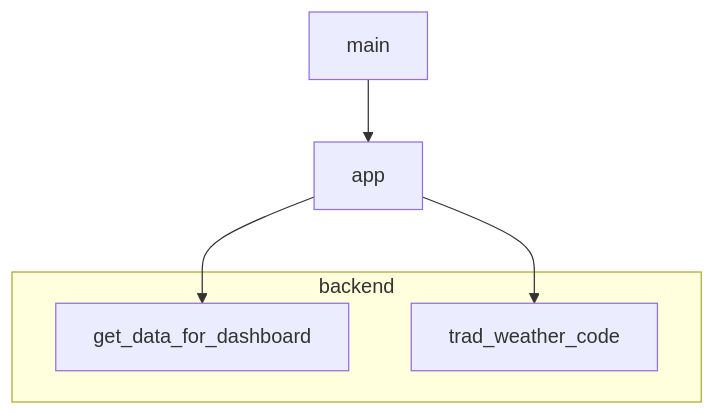
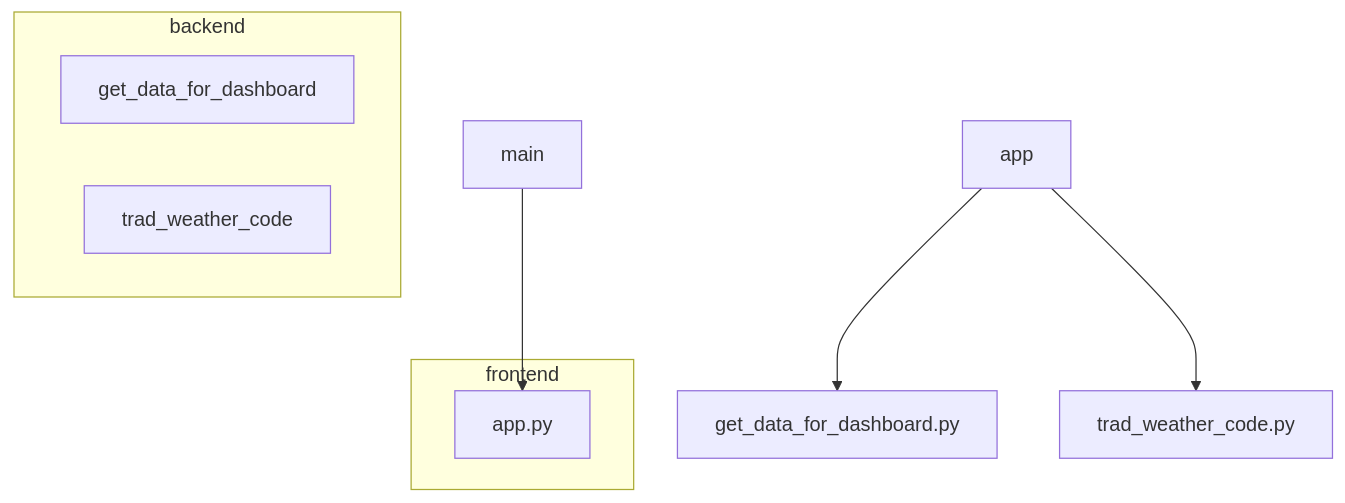
One commit to Ehoky/Dashboard-Python-Meteo changed the diagram in README.md. Above: the diagram before and after it, drawn with Mermaid.

````diff
--- a/README.md
+++ b/README.md
@@ -52,12 +52,16 @@
 ```mermaid 
 
     graph TD
-    main-->app;
-    app-->get_data_for_dashboard;
-    app-->trad_weather_code
+    main-->app.py;
+    app-->get_data_for_dashboard.py;
+    app-->trad_weather_code.py;
 
+    subgraph frontend
+        app.py
+    end
+    
     subgraph backend
         get_data_for_dashboard
         trad_weather_code
     end
 ```
````
